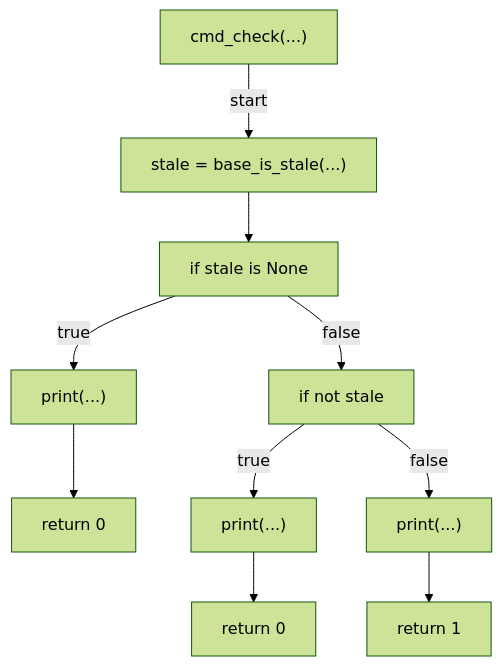
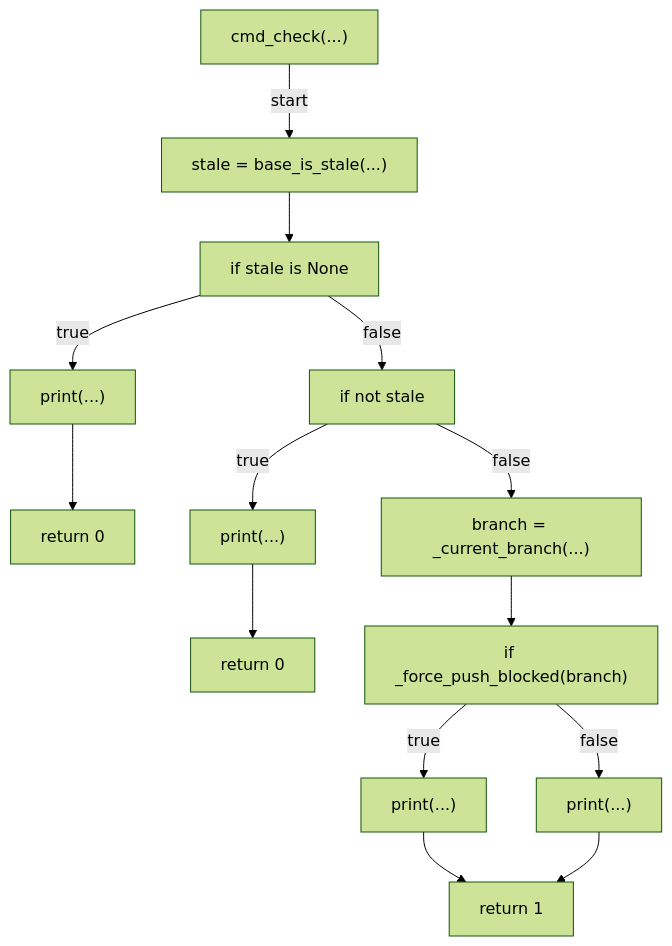
The tenth of 11 diagrams in docs/generated/scripts/ast/preflight_session_base_freshness.md (tvna/claude-md), drawn with Mermaid (forest theme) before and after one commit. The commit also changed other lines of this file and 1 other file, not shown here.

First line of the commit message:
docs(generated): regenerate decision tree and workflow diagrams

````diff
--- a/docs/generated/scripts/ast/preflight_session_base_freshness.md
+++ b/docs/generated/scripts/ast/preflight_session_base_freshness.md
@@ -147,22 +201,29 @@
 ```mermaid
 flowchart TD
     N001["cmd_check(...)"]
     N002["stale = base_is_stale(...)"]
     N003["if stale is None"]
     N004["print(...)"]
     N005["return 0"]
     N006["if not stale"]
     N007["print(...)"]
     N008["return 0"]
-    N009["print(...)"]
-    N010["return 1"]
+    N009["branch = _current_branch(...)"]
+    N010["if _force_push_blocked(branch)"]
+    N011["print(...)"]
+    N012["print(...)"]
+    N013["return 1"]
     N001 -->|"start"| N002
     N002 --> N003
     N003 -->|"true"| N004
     N004 --> N005
     N003 -->|"false"| N006
     N006 -->|"true"| N007
     N007 --> N008
     N006 -->|"false"| N009
     N009 --> N010
+    N010 -->|"true"| N011
+    N010 -->|"false"| N012
+    N011 --> N013
+    N012 --> N013
 ```
````
